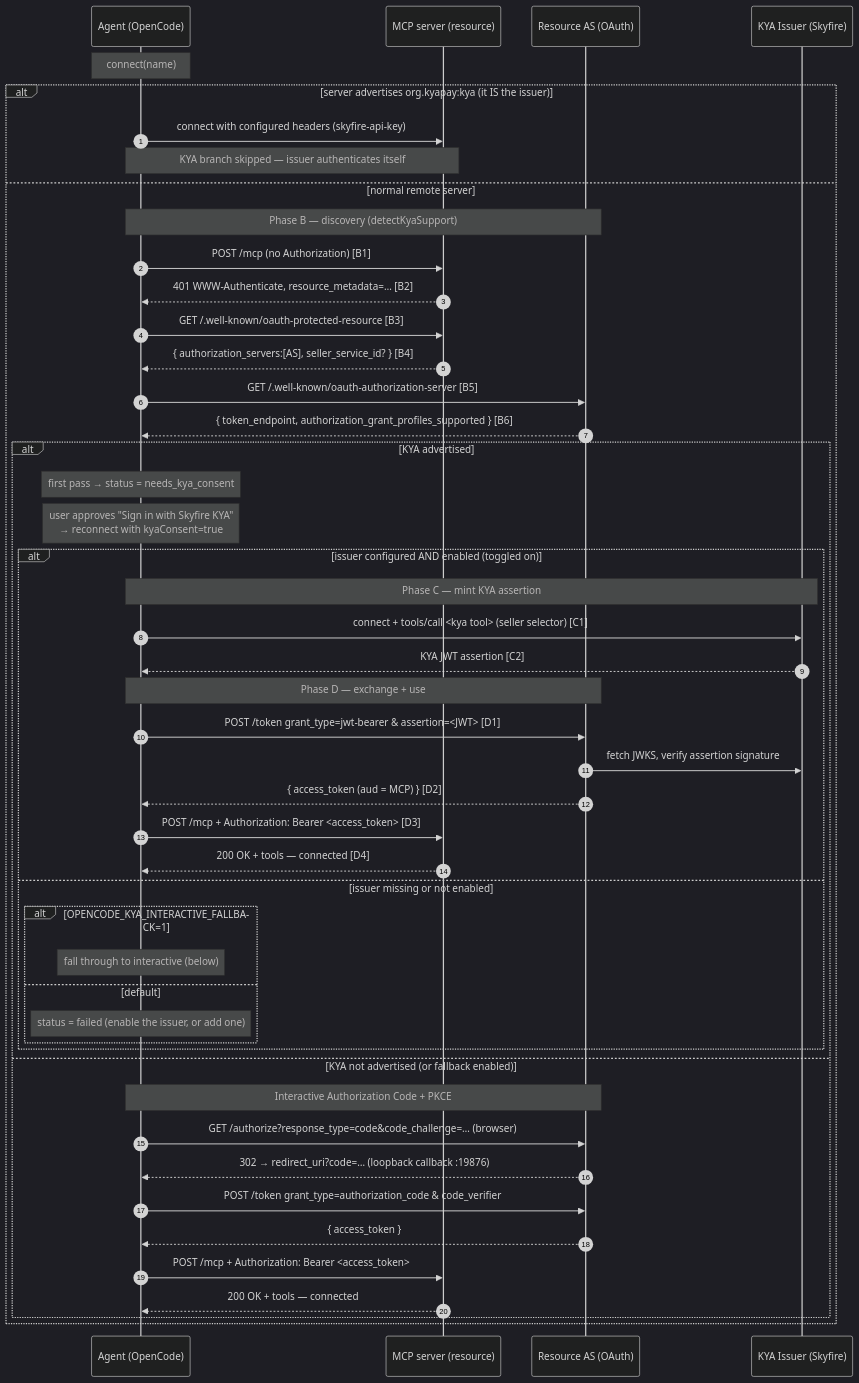
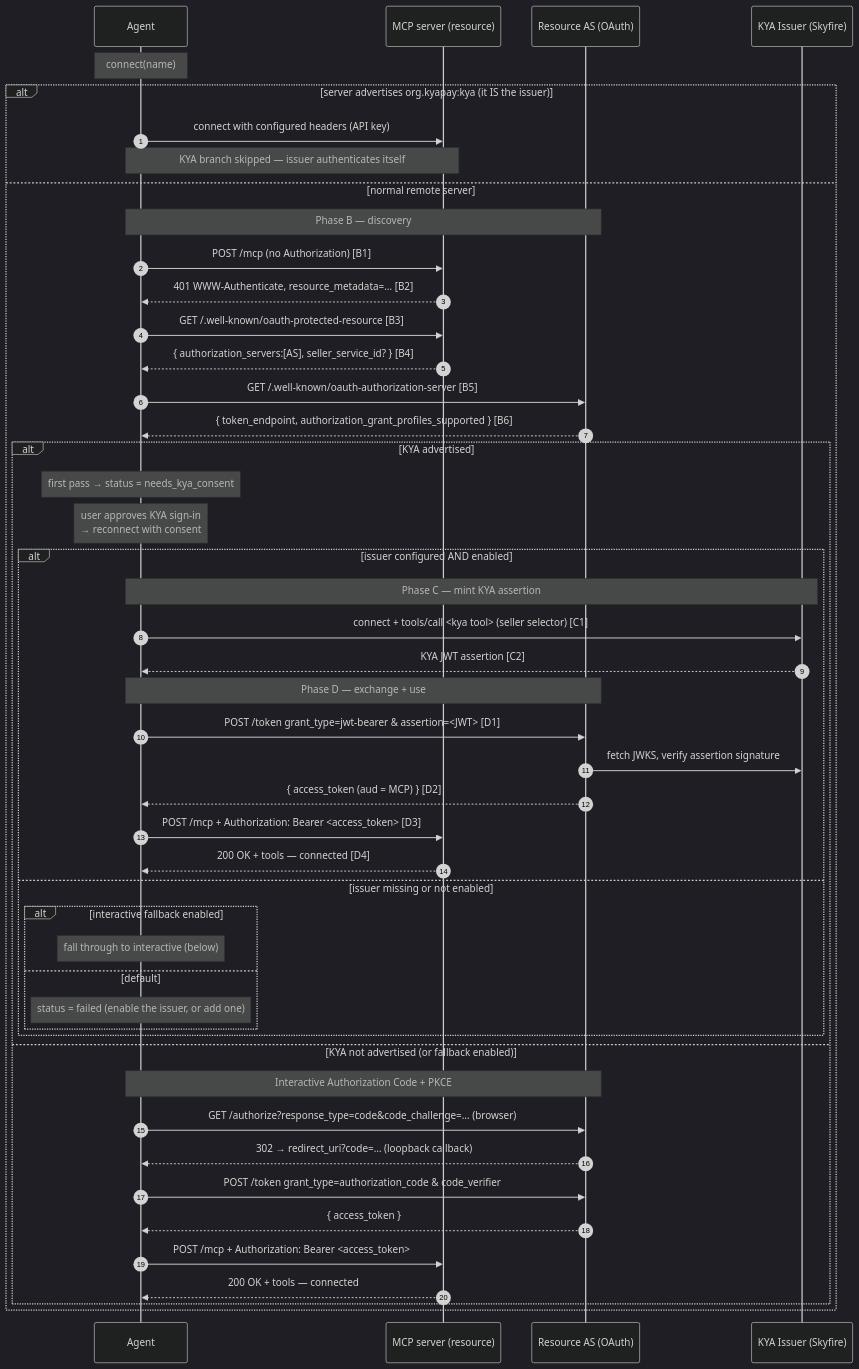
One commit to skyfire-xyz/opencode changed the diagram in docs/KYA-TECH-SPEC.md. Above: the diagram before and after it, drawn with Mermaid (dark theme). The commit also changed other lines of this file and 2 other files, not shown here.

````diff
--- a/docs/KYA-TECH-SPEC.md
+++ b/docs/KYA-TECH-SPEC.md
@@ -835,53 +654,53 @@
 ```mermaid
 sequenceDiagram
     autonumber
-    participant A as Agent (OpenCode)
+    participant A as Agent
     participant M as MCP server (resource)
     participant AS as Resource AS (OAuth)
     participant I as KYA Issuer (Skyfire)
 
     Note over A: connect(name)
 
     alt server advertises org.kyapay:kya (it IS the issuer)
-        A->>M: connect with configured headers (skyfire-api-key)
+        A->>M: connect with configured headers (API key)
         Note over A,M: KYA branch skipped — issuer authenticates itself
     else normal remote server
-        Note over A,AS: Phase B — discovery (detectKyaSupport)
+        Note over A,AS: Phase B — discovery
         A->>M: POST /mcp (no Authorization) [B1]
         M-->>A: 401 WWW-Authenticate, resource_metadata=… [B2]
         A->>M: GET /.well-known/oauth-protected-resource [B3]
         M-->>A: { authorization_servers:[AS], seller_service_id? } [B4]
         A->>AS: GET /.well-known/oauth-authorization-server [B5]
         AS-->>A: { token_endpoint, authorization_grant_profiles_supported } [B6]
 
         alt KYA advertised
             Note over A: first pass → status = needs_kya_consent
-            Note over A: user approves "Sign in with Skyfire KYA"<br/>→ reconnect with kyaConsent=true
-            alt issuer configured AND enabled (toggled on)
+            Note over A: user approves KYA sign-in<br/>→ reconnect with consent
+            alt issuer configured AND enabled
                 Note over A,I: Phase C — mint KYA assertion
                 A->>I: connect + tools/call <kya tool> (seller selector) [C1]
                 I-->>A: KYA JWT assertion [C2]
                 Note over A,AS: Phase D — exchange + use
                 A->>AS: POST /token grant_type=jwt-bearer & assertion=<JWT> [D1]
                 AS->>I: fetch JWKS, verify assertion signature
                 AS-->>A: { access_token (aud = MCP) } [D2]
                 A->>M: POST /mcp + Authorization: Bearer <access_token> [D3]
                 M-->>A: 200 OK + tools — connected [D4]
             else issuer missing or not enabled
-                alt OPENCODE_KYA_INTERACTIVE_FALLBACK=1
+                alt interactive fallback enabled
                     Note over A: fall through to interactive (below)
                 else default
                     Note over A: status = failed (enable the issuer, or add one)
                 end
             end
         else KYA not advertised (or fallback enabled)
             Note over A,AS: Interactive Authorization Code + PKCE
             A->>AS: GET /authorize?response_type=code&code_challenge=… (browser)
-            AS-->>A: 302 → redirect_uri?code=… (loopback callback :19876)
+            AS-->>A: 302 → redirect_uri?code=… (loopback callback)
             A->>AS: POST /token grant_type=authorization_code & code_verifier
             AS-->>A: { access_token }
             A->>M: POST /mcp + Authorization: Bearer <access_token>
             M-->>A: 200 OK + tools — connected
         end
     end
 ```
````
